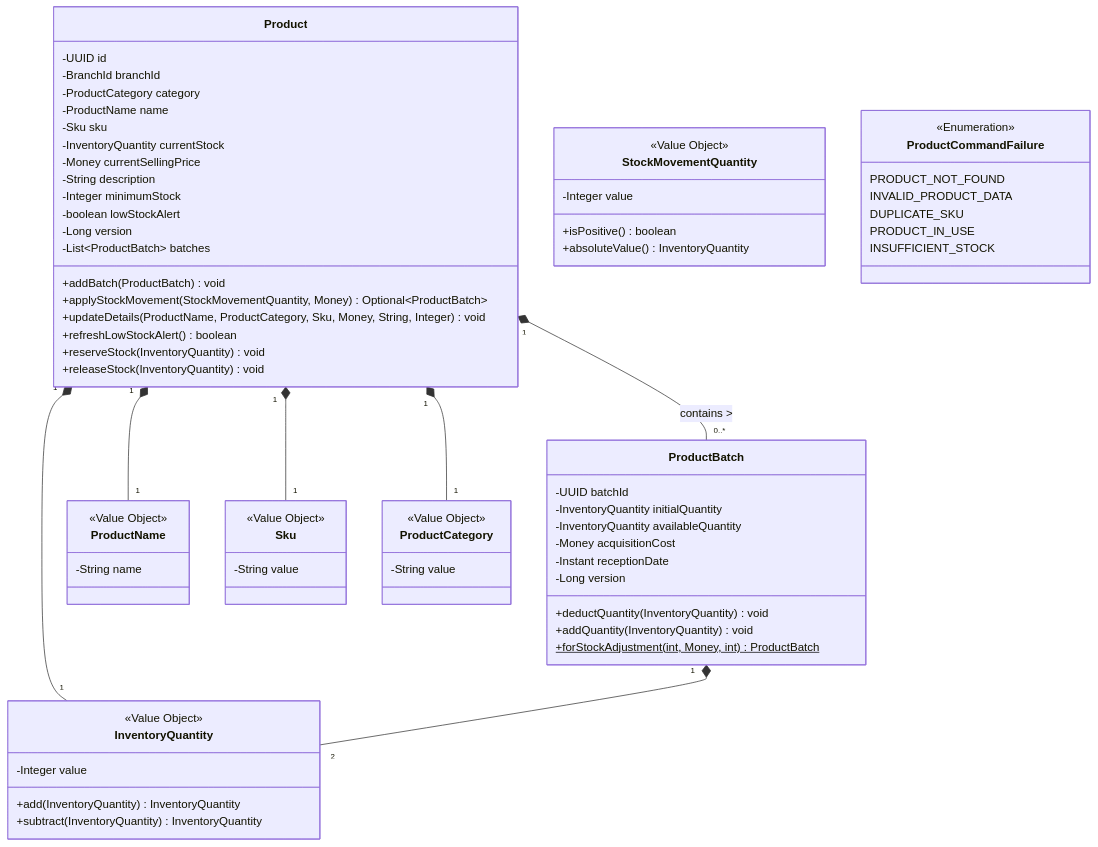
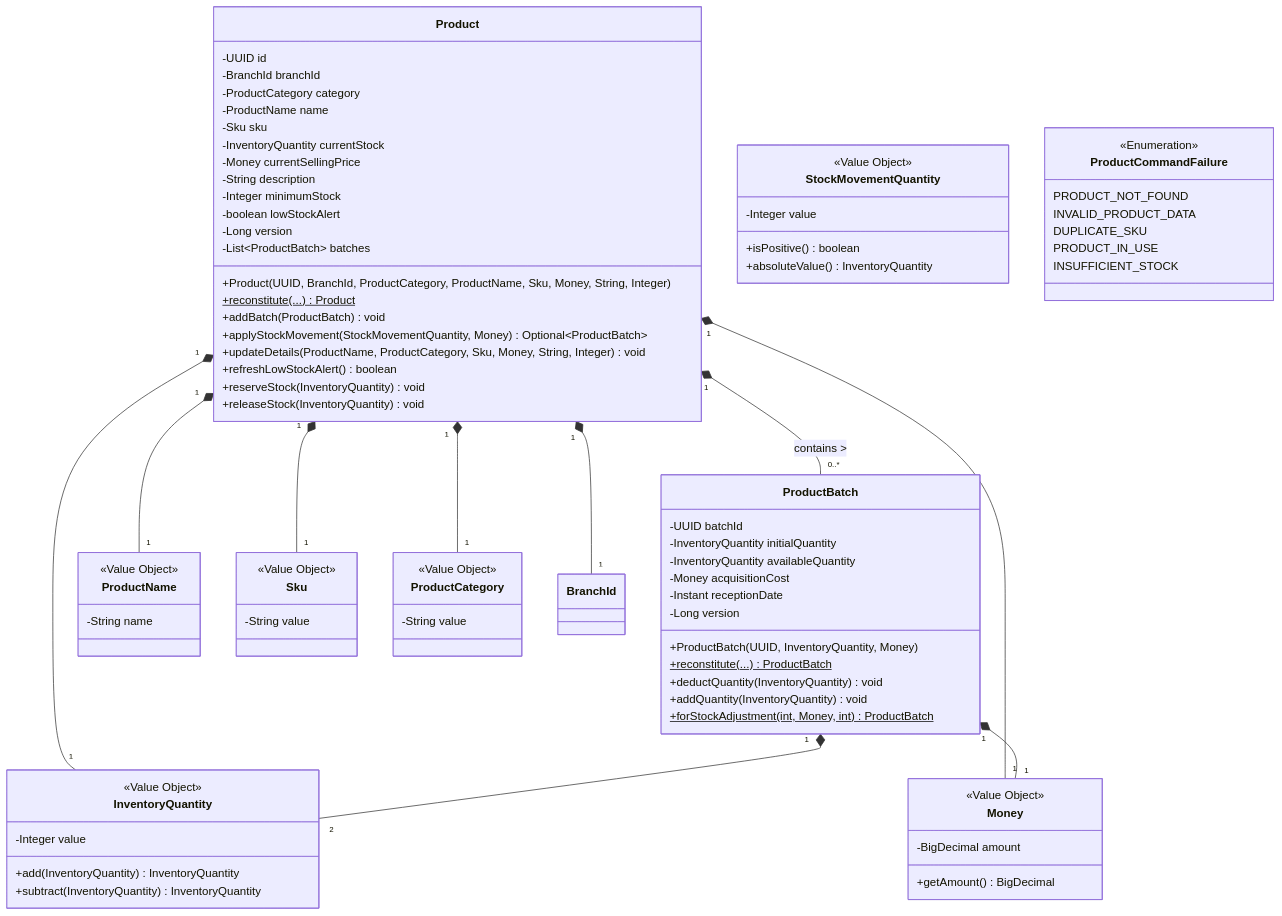
Before and after one commit to tux-logic/shiftiq-platform: the first of 7 diagrams in docs/inventory-bounded-context-dictionary.md, drawn with Mermaid. The commit also changed other lines of this file, not shown here.

Commit message:
docs(inventory): align domain layer specifications and UML diagrams with Java code.

````diff
--- a/docs/inventory-bounded-context-dictionary.md
+++ b/docs/inventory-bounded-context-dictionary.md
@@ -25,6 +25,8 @@
         -boolean lowStockAlert
         -Long version
         -List~ProductBatch~ batches
+        +Product(UUID, BranchId, ProductCategory, ProductName, Sku, Money, String, Integer)
+        +reconstitute(...)$ Product
         +addBatch(ProductBatch) void
         +applyStockMovement(StockMovementQuantity, Money) Optional~ProductBatch~
         +updateDetails(ProductName, ProductCategory, Sku, Money, String, Integer) void
@@ -40,6 +42,8 @@
         -Money acquisitionCost
         -Instant receptionDate
         -Long version
+        +ProductBatch(UUID, InventoryQuantity, Money)
+        +reconstitute(...)$ ProductBatch
         +deductQuantity(InventoryQuantity) void
         +addQuantity(InventoryQuantity) void
         +forStockAdjustment(int, Money, int)$ ProductBatch
@@ -74,6 +78,12 @@
         +absoluteValue() InventoryQuantity
     }
 
+    class Money {
+        <<Value Object>>
+        -BigDecimal amount
+        +getAmount() BigDecimal
+    }
+
     class ProductCommandFailure {
         <<Enumeration>>
         PRODUCT_NOT_FOUND
@@ -84,9 +94,12 @@
     }
 
     Product "1" *-- "0..*" ProductBatch : contains >
+    Product "1" *-- "1" BranchId
     Product "1" *-- "1" ProductName
     Product "1" *-- "1" Sku
     Product "1" *-- "1" ProductCategory
     Product "1" *-- "1" InventoryQuantity
+    Product "1" *-- "1" Money
     ProductBatch "1" *-- "2" InventoryQuantity
+    ProductBatch "1" *-- "1" Money
 ```
````
